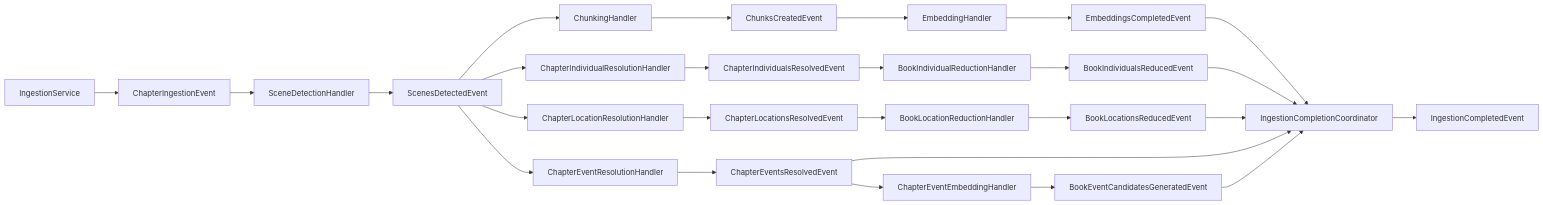
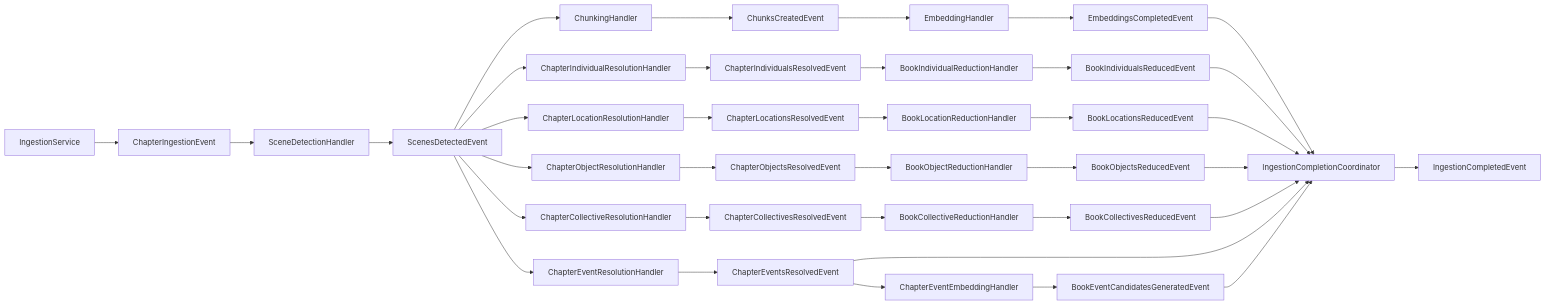
The diagram in docs/patterns/ingestion/entity-resolution-ladder.md (chaixdev/lorevault-kb), drawn with Mermaid before and after one commit. The commit also changed other lines of this file and 18 other files, not shown here.

Commit message:
docs(ingestion): promote object collective lane docs

````diff
--- a/docs/patterns/ingestion/entity-resolution-ladder.md
+++ b/docs/patterns/ingestion/entity-resolution-ladder.md
@@ -189,33 +152,45 @@
 ```mermaid
 graph LR
     Submit["IngestionService"] --> ChapterEvt["ChapterIngestionEvent"]
     ChapterEvt --> Detect["SceneDetectionHandler"]
     Detect --> ScenesEvt["ScenesDetectedEvent"]
 
     ScenesEvt --> Chunking["ChunkingHandler"]
     Chunking --> ChunksEvt["ChunksCreatedEvent"]
     ChunksEvt --> Embedding["EmbeddingHandler"]
     Embedding --> EmbeddingsDone["EmbeddingsCompletedEvent"]
 
     ScenesEvt --> ChapterResolveInd["ChapterIndividualResolutionHandler"]
     ChapterResolveInd --> ChapterResolvedInd["ChapterIndividualsResolvedEvent"]
     ChapterResolvedInd --> BookReduceInd["BookIndividualReductionHandler"]
     BookReduceInd --> BookReducedInd["BookIndividualsReducedEvent"]
 
     ScenesEvt --> ChapterResolveLoc["ChapterLocationResolutionHandler"]
     ChapterResolveLoc --> ChapterResolvedLoc["ChapterLocationsResolvedEvent"]
     ChapterResolvedLoc --> BookReduceLoc["BookLocationReductionHandler"]
     BookReduceLoc --> BookReducedLoc["BookLocationsReducedEvent"]
 
+    ScenesEvt --> ChapterResolveObj["ChapterObjectResolutionHandler"]
+    ChapterResolveObj --> ChapterResolvedObj["ChapterObjectsResolvedEvent"]
+    ChapterResolvedObj --> BookReduceObj["BookObjectReductionHandler"]
+    BookReduceObj --> BookReducedObj["BookObjectsReducedEvent"]
+
+    ScenesEvt --> ChapterResolveCol["ChapterCollectiveResolutionHandler"]
+    ChapterResolveCol --> ChapterResolvedCol["ChapterCollectivesResolvedEvent"]
+    ChapterResolvedCol --> BookReduceCol["BookCollectiveReductionHandler"]
+    BookReduceCol --> BookReducedCol["BookCollectivesReducedEvent"]
+
     ScenesEvt --> ChapterResolveEvt["ChapterEventResolutionHandler"]
     ChapterResolveEvt --> ChapterResolvedEvt["ChapterEventsResolvedEvent"]
     ChapterResolvedEvt --> EventEmbedding["ChapterEventEmbeddingHandler"]
     EventEmbedding --> BookEventCandidates["BookEventCandidatesGeneratedEvent"]
 
     EmbeddingsDone --> Complete["IngestionCompletionCoordinator"]
     BookReducedInd --> Complete
     BookReducedLoc --> Complete
+    BookReducedObj --> Complete
+    BookReducedCol --> Complete
     ChapterResolvedEvt --> Complete
     BookEventCandidates --> Complete
     Complete --> Done["IngestionCompletedEvent"]
 ```
````
